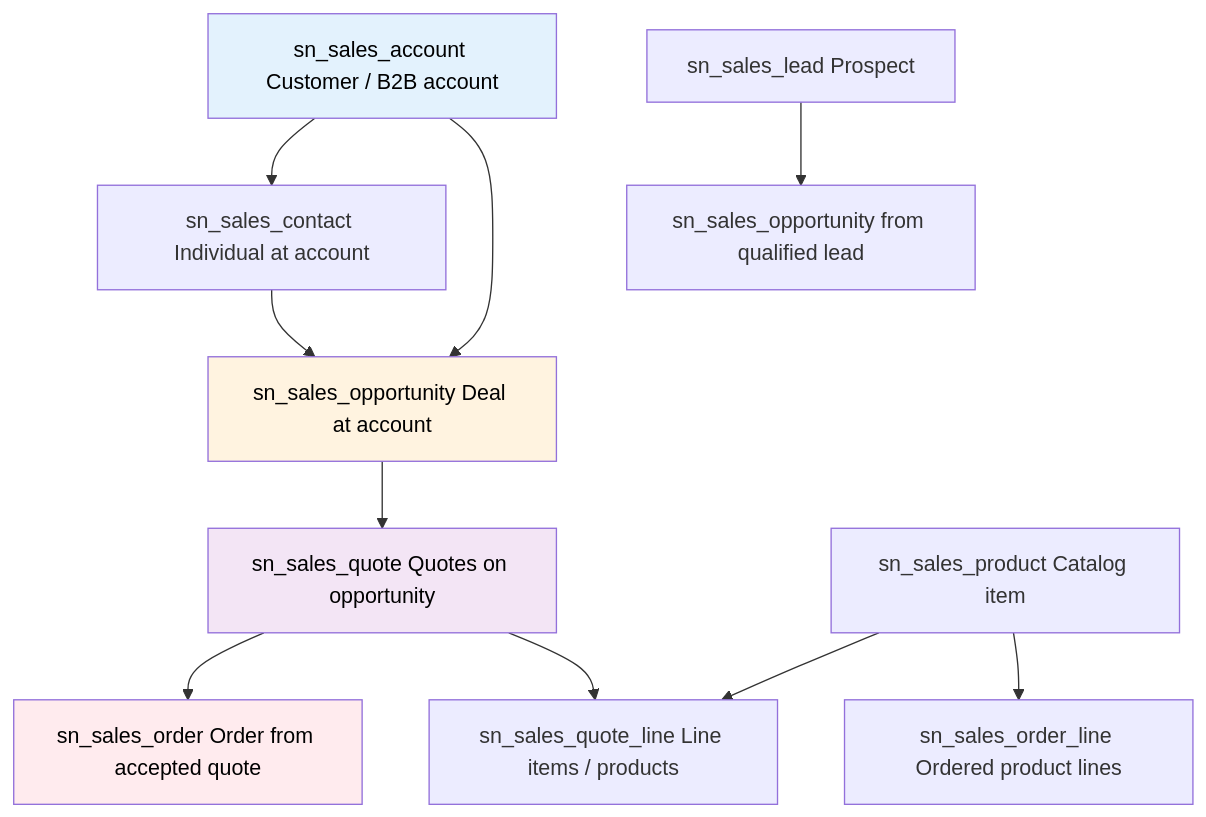
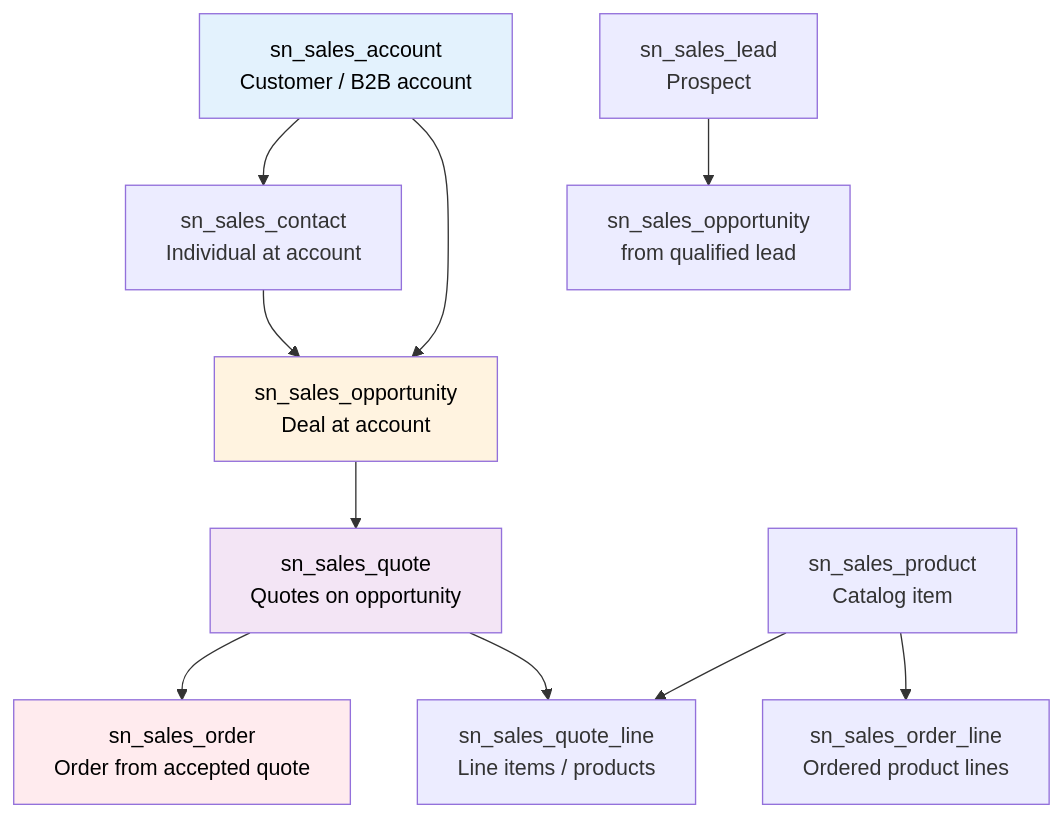
One commit to eltonaguiar/ServiceNow_Learning_TSOM-_CSM_FSM_SalesCRM_HAM_ITSM changed the second of 7 diagrams in docs/modules/sales-crm/sales-crm-guide.md. Above: the diagram before and after it, drawn with Mermaid. The commit also changed other lines of this file, not shown here.

Commit message:
Fix broken Mermaid diagrams in sales-crm-guide.md

````diff
--- a/docs/modules/sales-crm/sales-crm-guide.md
+++ b/docs/modules/sales-crm/sales-crm-guide.md
@@ -577,19 +579,19 @@
 ```mermaid
 graph TD
-    A[sn_sales_account Customer / B2B account] --> C[sn_sales_contact Individual at account]
-    A --> O[sn_sales_opportunity Deal at account]
+    A[sn_sales_account<br/>Customer / B2B account] --> C[sn_sales_contact<br/>Individual at account]
+    A --> O[sn_sales_opportunity<br/>Deal at account]
     C --> O
 
-    L[sn_sales_lead Prospect] --> O2[sn_sales_opportunity from qualified lead]
-    O --> Q[sn_sales_quote Quotes on opportunity]
-    Q --> OR[sn_sales_order Order from accepted quote]
-    Q --> QL[sn_sales_quote_line Line items / products]
+    L[sn_sales_lead<br/>Prospect] --> O2[sn_sales_opportunity<br/>from qualified lead]
+    O --> Q[sn_sales_quote<br/>Quotes on opportunity]
+    Q --> OR[sn_sales_order<br/>Order from accepted quote]
+    Q --> QL[sn_sales_quote_line<br/>Line items / products]
 
-    P[sn_sales_product Catalog item] --> QL
-    P --> OR2[sn_sales_order_line Ordered product lines]
+    P[sn_sales_product<br/>Catalog item] --> QL
+    P --> OR2[sn_sales_order_line<br/>Ordered product lines]
 
     style A fill:#e3f2fd,color:#000
     style O fill:#fff3e0,color:#000
     style Q fill:#f3e5f5,color:#000
     style OR fill:#ffebee,color:#000
 ```
````
